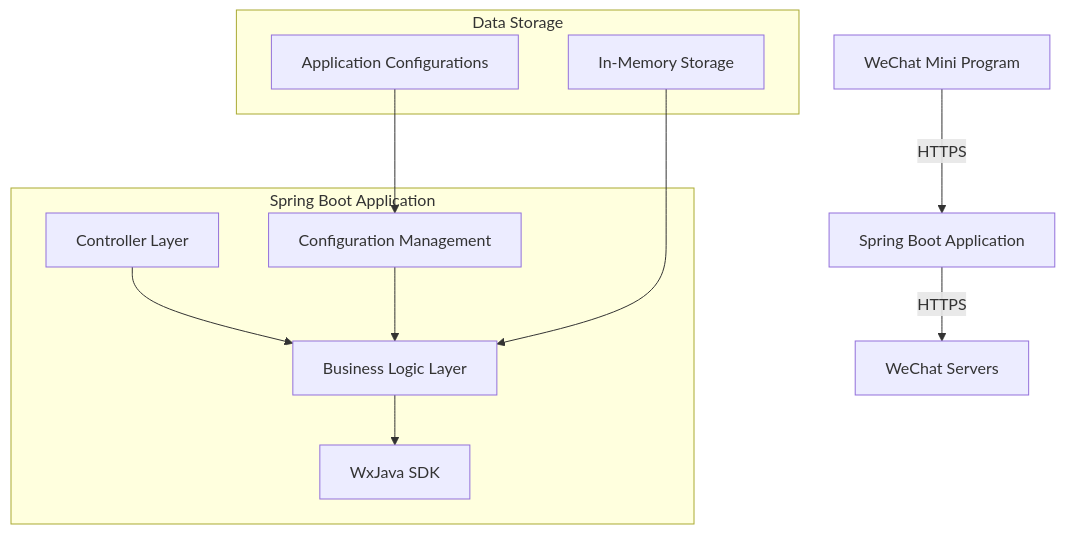
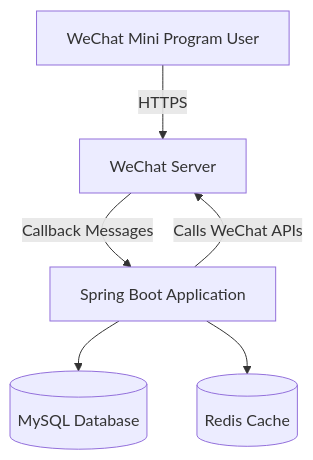
One commit to v-wjrong/rongwj666_weixin-java-miniapp-demo changed the diagram in docs/en/summary/system_architecture.md. Above: the diagram before and after it, drawn with Mermaid. The commit also changed other lines of this file and 42 other files, not shown here.

````diff
--- a/docs/en/summary/system_architecture.md
+++ b/docs/en/summary/system_architecture.md
@@ -80,16 +52,8 @@
 ```mermaid
 graph TD
-    A[WeChat Mini Program] -- HTTPS --> B[Spring Boot Application]
-    B -- HTTPS --> C[WeChat Servers]
-    
-    subgraph Spring Boot Application
-        D[Controller Layer] --> E[Business Logic Layer]
-        E --> F[WxJava SDK]
-        G[Configuration Management] --> E
-    end
-    
-    subgraph Data Storage
-        H[Application Configurations] --> G
-        I[In-Memory Storage] --> E
-    end
+    A[WeChat Mini Program User] -- HTTPS --> B[WeChat Server]
+    B -- Callback Messages --> C[Spring Boot Application]
+    C -- Calls WeChat APIs --> B
+    C --> D[(MySQL Database)]
+    C --> E[(Redis Cache)]
 ```
````
